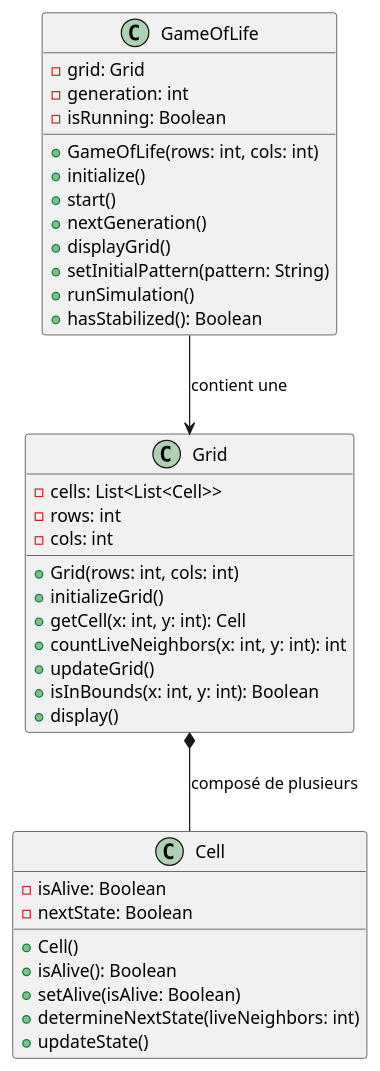
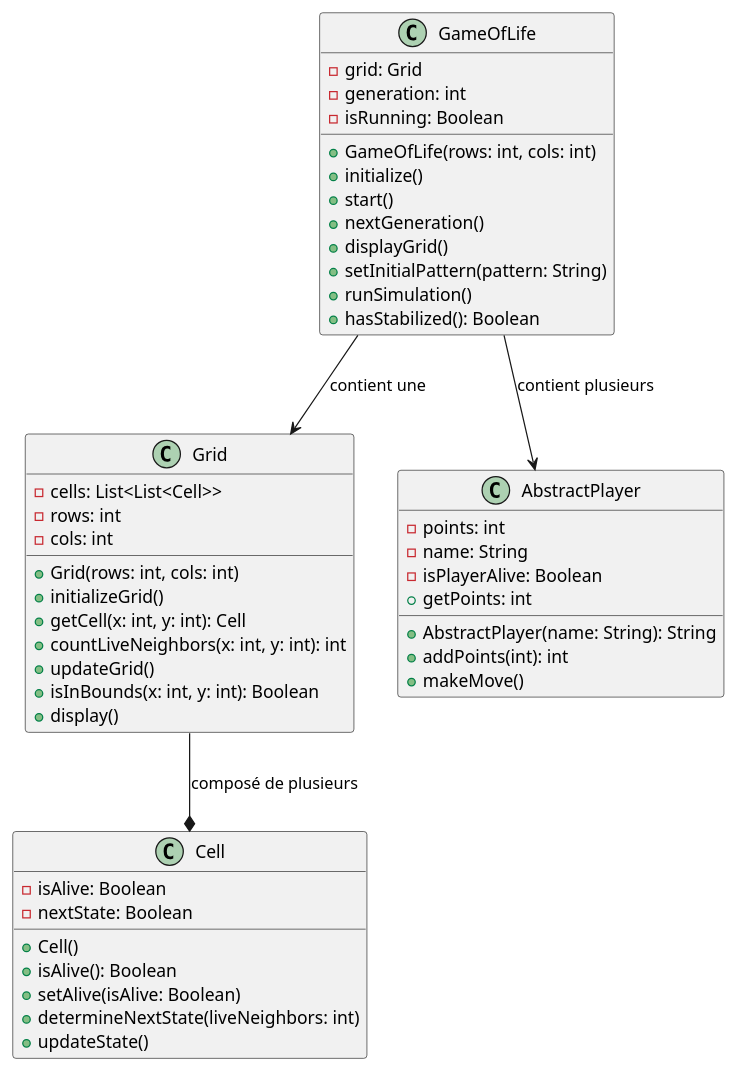
The diagram in JeuDeLaVie/docs/diagram.puml (kammohamine/ConwaysGame), drawn with PlantUML before and after one commit.

Commit message:
[Update] Diagram

```diff
--- a/JeuDeLaVie/docs/diagram.puml
+++ b/JeuDeLaVie/docs/diagram.puml
@@ -1,43 +1,56 @@
-@startuml
+@startuml diagram
 
 class GameOfLife {
     - grid: Grid
     - generation: int
     - isRunning: Boolean
     + GameOfLife(rows: int, cols: int)
     + initialize()
     + start()
     + nextGeneration()
     + displayGrid()
     + setInitialPattern(pattern: String)
     + runSimulation()
     + hasStabilized(): Boolean
 }
 
 class Grid {
     - cells: List<List<Cell>>
     - rows: int
     - cols: int
     + Grid(rows: int, cols: int)
     + initializeGrid()
     + getCell(x: int, y: int): Cell
     + countLiveNeighbors(x: int, y: int): int
     + updateGrid()
     + isInBounds(x: int, y: int): Boolean
     + display()
 }
 
 class Cell {
     - isAlive: Boolean
     - nextState: Boolean
     + Cell()
     + isAlive(): Boolean
     + setAlive(isAlive: Boolean)
     + determineNextState(liveNeighbors: int)
     + updateState()
 }
 
+
+class AbstractPlayer {
+    - points: int
+    - name: String
+    - isPlayerAlive: Boolean
+    + AbstractPlayer(name: String): String
+    + getPoints: int
+    + addPoints(int): int
+    + makeMove()
+
+    }
+
 GameOfLife --> Grid : "contient une"
-Grid *-- Cell : "composé de plusieurs"
+Grid --* Cell : "composé de plusieurs"
+GameOfLife --> AbstractPlayer : "contient plusieurs"
 
 @enduml
```
